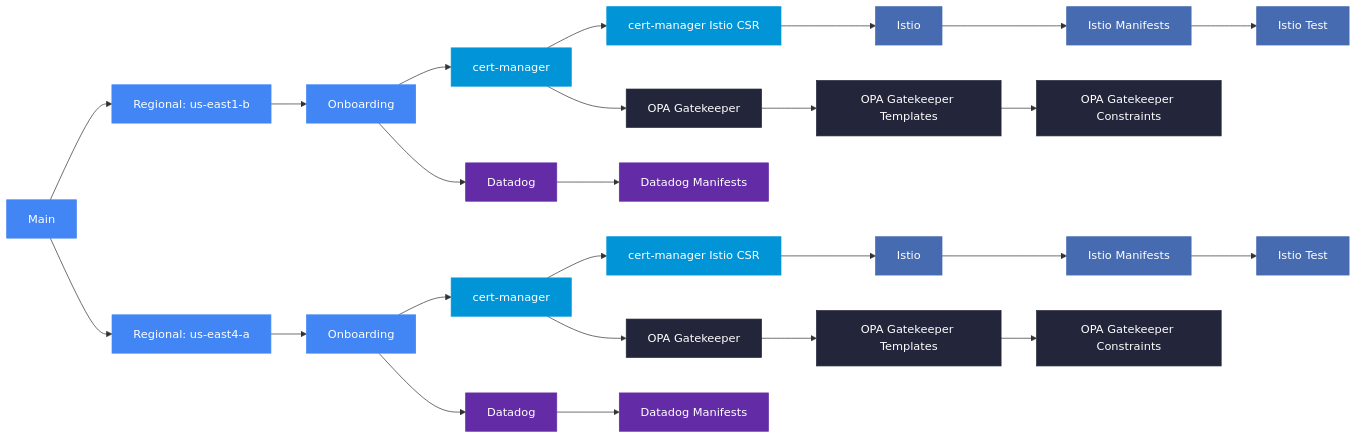
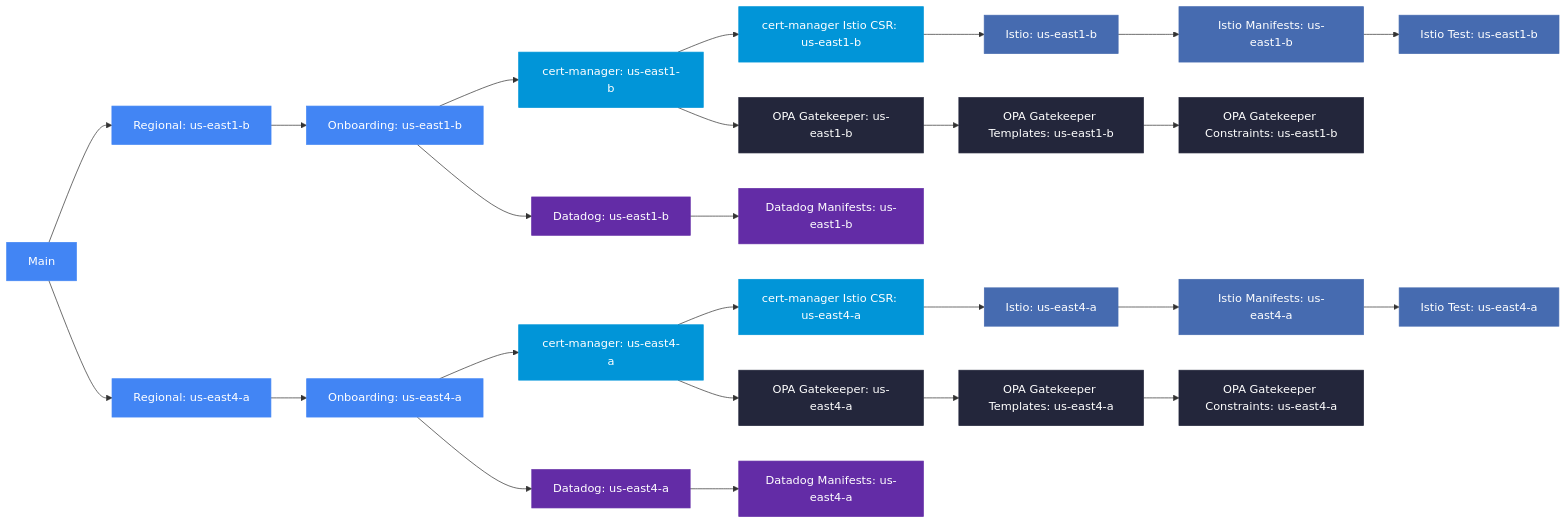
One commit to osinfra-io/pt-pneuma changed the diagram in README.md. Above: the diagram before and after it, drawn with Mermaid.

Commit message:
Use real sandbox job names in deployment diagram
Use actual workflow job names with zone suffixes
(e.g. 'Onboarding: us-east1-b', 'cert-manager: us-east4-a').

````diff
--- a/README.md
+++ b/README.md
@@ -34,62 +34,36 @@
 ```mermaid
 flowchart LR
     classDef gke fill:#4285F4,stroke:#4285F4,color:#fff
     classDef certmanager fill:#0195D8,stroke:#0195D8,color:#fff
     classDef istio fill:#466BB0,stroke:#466BB0,color:#fff
     classDef datadog fill:#632CA6,stroke:#632CA6,color:#fff
     classDef opa fill:#23263B,stroke:#23263B,color:#fff
 
     main["Main"]:::gke
 
-    z1_regional["Regional: us-east1-b"]:::gke
-    z1_onboarding["Onboarding"]:::gke
-    z1_cert_manager["cert-manager"]:::certmanager
-    z1_cert_manager_istio_csr["cert-manager Istio CSR"]:::certmanager
-    z1_istio["Istio"]:::istio
-    z1_istio_manifests["Istio Manifests"]:::istio
-    z1_istio_test["Istio Test"]:::istio
-    z1_datadog["Datadog"]:::datadog
-    z1_datadog_manifests["Datadog Manifests"]:::datadog
-    z1_opa_gatekeeper["OPA Gatekeeper"]:::opa
-    z1_opa_templates["OPA Gatekeeper Templates"]:::opa
-    z1_opa_constraints["OPA Gatekeeper Constraints"]:::opa
+    main --> z1_regional["Regional: us-east1-b"]:::gke
+    z1_regional --> z1_onboarding["Onboarding: us-east1-b"]:::gke
+    z1_onboarding --> z1_cert_manager["cert-manager: us-east1-b"]:::certmanager
+    z1_onboarding --> z1_datadog["Datadog: us-east1-b"]:::datadog
+    z1_cert_manager --> z1_cert_manager_istio_csr["cert-manager Istio CSR: us-east1-b"]:::certmanager
+    z1_cert_manager --> z1_opa_gatekeeper["OPA Gatekeeper: us-east1-b"]:::opa
+    z1_cert_manager_istio_csr --> z1_istio["Istio: us-east1-b"]:::istio
+    z1_istio --> z1_istio_manifests["Istio Manifests: us-east1-b"]:::istio
+    z1_istio_manifests --> z1_istio_test["Istio Test: us-east1-b"]:::istio
+    z1_datadog --> z1_datadog_manifests["Datadog Manifests: us-east1-b"]:::datadog
+    z1_opa_gatekeeper --> z1_opa_templates["OPA Gatekeeper Templates: us-east1-b"]:::opa
+    z1_opa_templates --> z1_opa_constraints["OPA Gatekeeper Constraints: us-east1-b"]:::opa
 
-    main --> z1_regional
-    z1_regional --> z1_onboarding
-    z1_onboarding --> z1_cert_manager
-    z1_onboarding --> z1_datadog
-    z1_cert_manager --> z1_cert_manager_istio_csr
-    z1_cert_manager --> z1_opa_gatekeeper
-    z1_cert_manager_istio_csr --> z1_istio
-    z1_istio --> z1_istio_manifests
-    z1_istio_manifests --> z1_istio_test
-    z1_datadog --> z1_datadog_manifests
-    z1_opa_gatekeeper --> z1_opa_templates
-    z1_opa_templates --> z1_opa_constraints
-
-    z2_regional["Regional: us-east4-a"]:::gke
-    z2_onboarding["Onboarding"]:::gke
-    z2_cert_manager["cert-manager"]:::certmanager
-    z2_cert_manager_istio_csr["cert-manager Istio CSR"]:::certmanager
-    z2_istio["Istio"]:::istio
-    z2_istio_manifests["Istio Manifests"]:::istio
-    z2_istio_test["Istio Test"]:::istio
-    z2_datadog["Datadog"]:::datadog
-    z2_datadog_manifests["Datadog Manifests"]:::datadog
-    z2_opa_gatekeeper["OPA Gatekeeper"]:::opa
-    z2_opa_templates["OPA Gatekeeper Templates"]:::opa
-    z2_opa_constraints["OPA Gatekeeper Constraints"]:::opa
-
-    main --> z2_regional
-    z2_regional --> z2_onboarding
-    z2_onboarding --> z2_cert_manager
-    z2_onboarding --> z2_datadog
-    z2_cert_manager --> z2_cert_manager_istio_csr
-    z2_cert_manager --> z2_opa_gatekeeper
-    z2_cert_manager_istio_csr --> z2_istio
-    z2_istio --> z2_istio_manifests
-    z2_istio_manifests --> z2_istio_test
-    z2_datadog --> z2_datadog_manifests
-    z2_opa_gatekeeper --> z2_opa_templates
-    z2_opa_templates --> z2_opa_constraints
+    main --> z2_regional["Regional: us-east4-a"]:::gke
+    z2_regional --> z2_onboarding["Onboarding: us-east4-a"]:::gke
+    z2_onboarding --> z2_cert_manager["cert-manager: us-east4-a"]:::certmanager
+    z2_onboarding --> z2_datadog["Datadog: us-east4-a"]:::datadog
+    z2_cert_manager --> z2_cert_manager_istio_csr["cert-manager Istio CSR: us-east4-a"]:::certmanager
+    z2_cert_manager --> z2_opa_gatekeeper["OPA Gatekeeper: us-east4-a"]:::opa
+    z2_cert_manager_istio_csr --> z2_istio["Istio: us-east4-a"]:::istio
+    z2_istio --> z2_istio_manifests["Istio Manifests: us-east4-a"]:::istio
+    z2_istio_manifests --> z2_istio_test["Istio Test: us-east4-a"]:::istio
+    z2_datadog --> z2_datadog_manifests["Datadog Manifests: us-east4-a"]:::datadog
+    z2_opa_gatekeeper --> z2_opa_templates["OPA Gatekeeper Templates: us-east4-a"]:::opa
+    z2_opa_templates --> z2_opa_constraints["OPA Gatekeeper Constraints: us-east4-a"]:::opa
 ```
````
